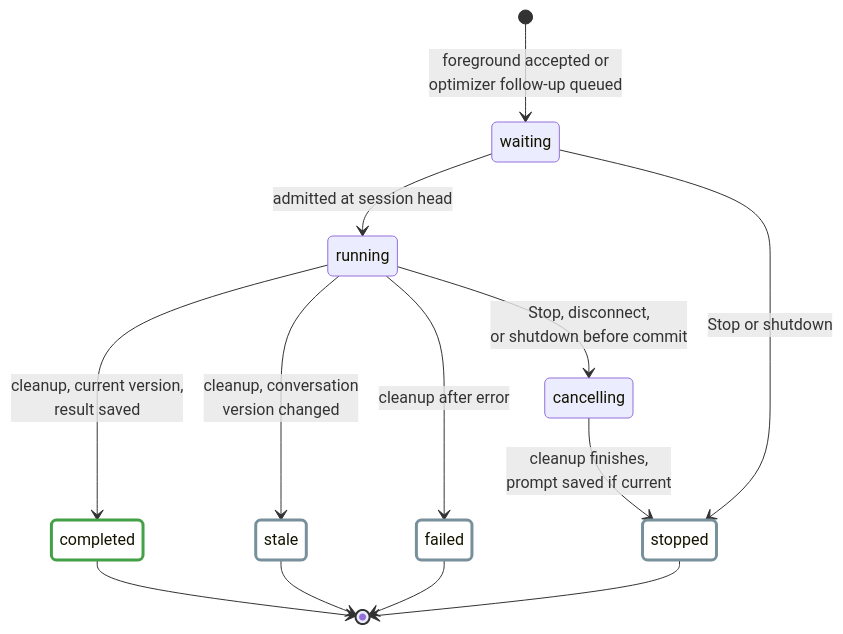
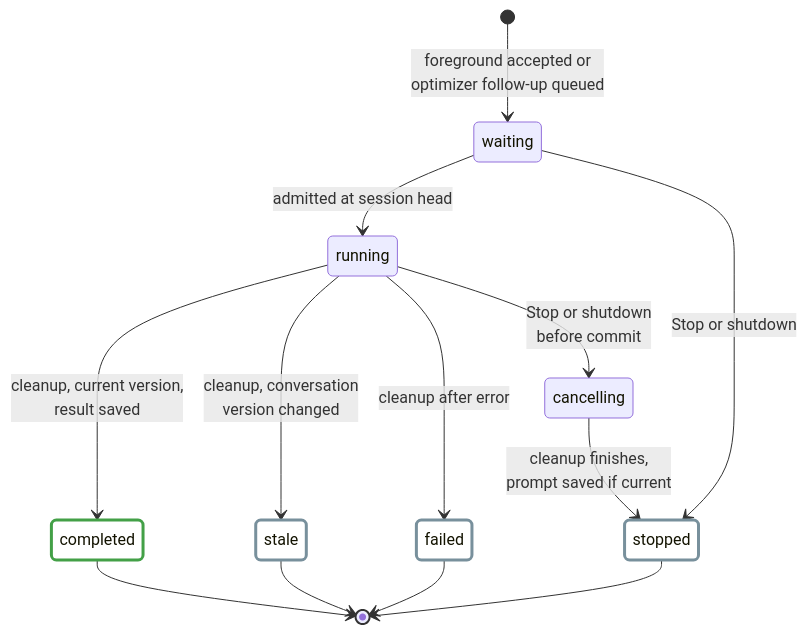
Before and after one commit to j3soon/nurse-scheduling: the first of 15 diagrams in docs/content/developer-guide/ai-assistant.md, drawn with Mermaid. The commit also changed other lines of this file and 16 other files, not shown here.

````diff
--- a/docs/content/developer-guide/ai-assistant.md
+++ b/docs/content/developer-guide/ai-assistant.md
@@ -50,20 +50,20 @@
 ```mermaid
 stateDiagram-v2
     [*] --> waiting: foreground accepted or<br/>optimizer follow-up queued
     waiting --> running: admitted at session head
     waiting --> stopped: Stop or shutdown
     running --> completed: cleanup, current version,<br/>result saved
     running --> stale: cleanup, conversation<br/>version changed
     running --> failed: cleanup after error
-    running --> cancelling: Stop, disconnect,<br/>or shutdown before commit
+    running --> cancelling: Stop or shutdown<br/>before commit
     cancelling --> stopped: cleanup finishes,<br/>prompt saved if current
     completed --> [*]
     stale --> [*]
     failed --> [*]
     stopped --> [*]
 
     classDef completedState fill:transparent,stroke:#43a047,stroke-width:3px
     classDef otherState fill:transparent,stroke:#78909c,stroke-width:3px
     class completed completedState
     class stale,failed,stopped otherState
 ```
````
